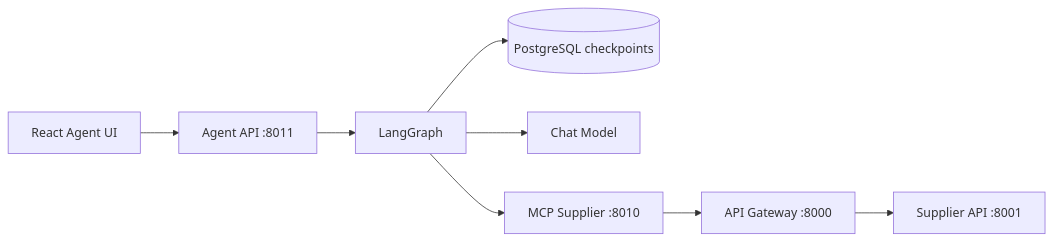
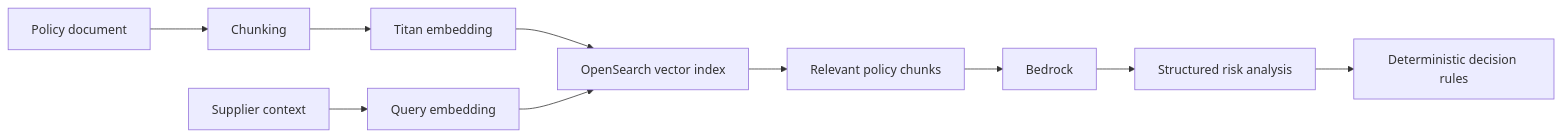
One commit to danillofratta/supplier-master-ai changed the third of 3 diagrams in README.md. Above: the diagram before and after it, drawn with Mermaid. The commit also changed other lines of this file and 24 other files, not shown here.

````diff
--- a/README.md
+++ b/README.md
@@ -364,10 +116,12 @@
 ```mermaid
 flowchart LR
-    UI[React Agent UI] --> AA[Agent API :8011]
-    AA --> LG[LangGraph]
-    LG --> CP[(PostgreSQL checkpoints)]
-    LG --> LLM[Chat Model]
-    LG --> MCP[MCP Supplier :8010]
-    MCP --> GW[API Gateway :8000]
-    GW --> SUP[Supplier API :8001]
+    DOC[Policy document] --> CH[Chunking]
+    CH --> EMB[Titan embedding]
+    EMB --> IDX[OpenSearch vector index]
+    S[Supplier context] --> QE[Query embedding]
+    QE --> IDX
+    IDX --> CTX[Relevant policy chunks]
+    CTX --> LLM[Bedrock]
+    LLM --> OUT[Structured risk analysis]
+    OUT --> RULES[Deterministic decision rules]
 ```
````
